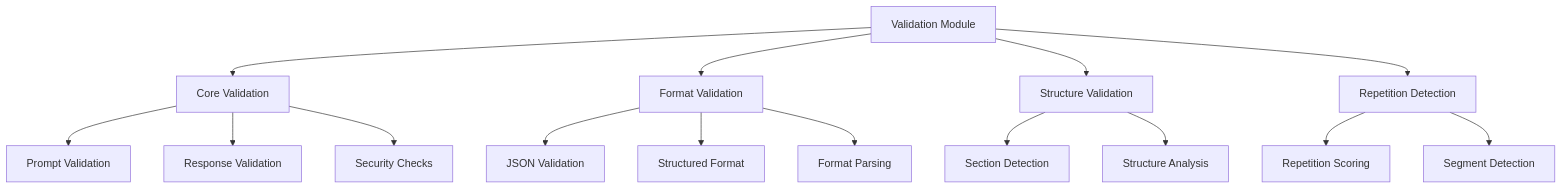
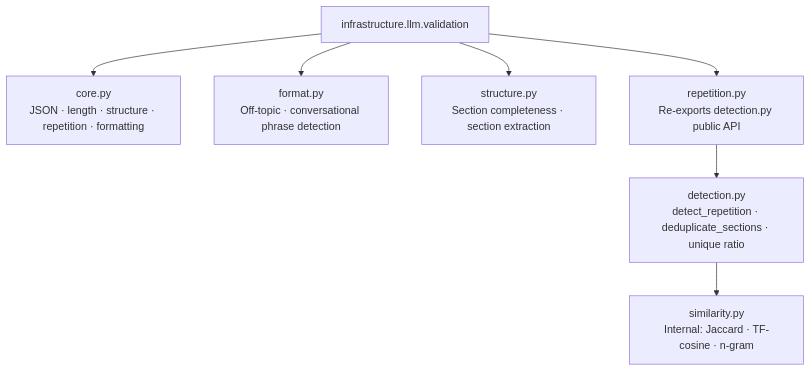
The diagram in infrastructure/llm/validation/README.md (docxology/template), drawn with Mermaid before and after one commit. The commit also changed other lines of this file and 952 other files, not shown here.

````diff
--- a/infrastructure/llm/validation/README.md
+++ b/infrastructure/llm/validation/README.md
@@ -275,21 +238,10 @@
 ```mermaid
 graph TD
-    A[Validation Module] --> B[Core Validation]
-    A --> C[Format Validation]
-    A --> D[Structure Validation]
-    A --> E[Repetition Detection]
+    A[infrastructure.llm.validation] --> B[core.py<br/>JSON · length · structure · repetition · formatting]
+    A --> C[format.py<br/>Off-topic · conversational phrase detection]
+    A --> D[structure.py<br/>Section completeness · section extraction]
+    A --> E[repetition.py<br/>Re-exports detection.py public API]
 
-    B --> F[Prompt Validation]
-    B --> G[Response Validation]
-    B --> H[Security Checks]
-
-    C --> I[JSON Validation]
-    C --> J[Structured Format]
-    C --> K[Format Parsing]
-
-    D --> L[Section Detection]
-    D --> M[Structure Analysis]
-
-    E --> N[Repetition Scoring]
-    E --> O[Segment Detection]
+    E --> F[detection.py<br/>detect_repetition · deduplicate_sections · unique ratio]
+    F --> G[similarity.py<br/>Internal: Jaccard · TF-cosine · n-gram]
 ```
````
